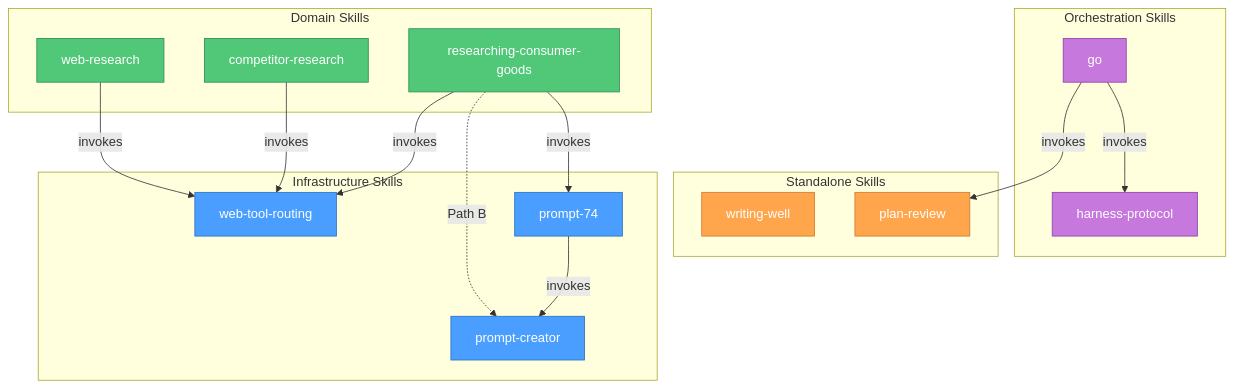
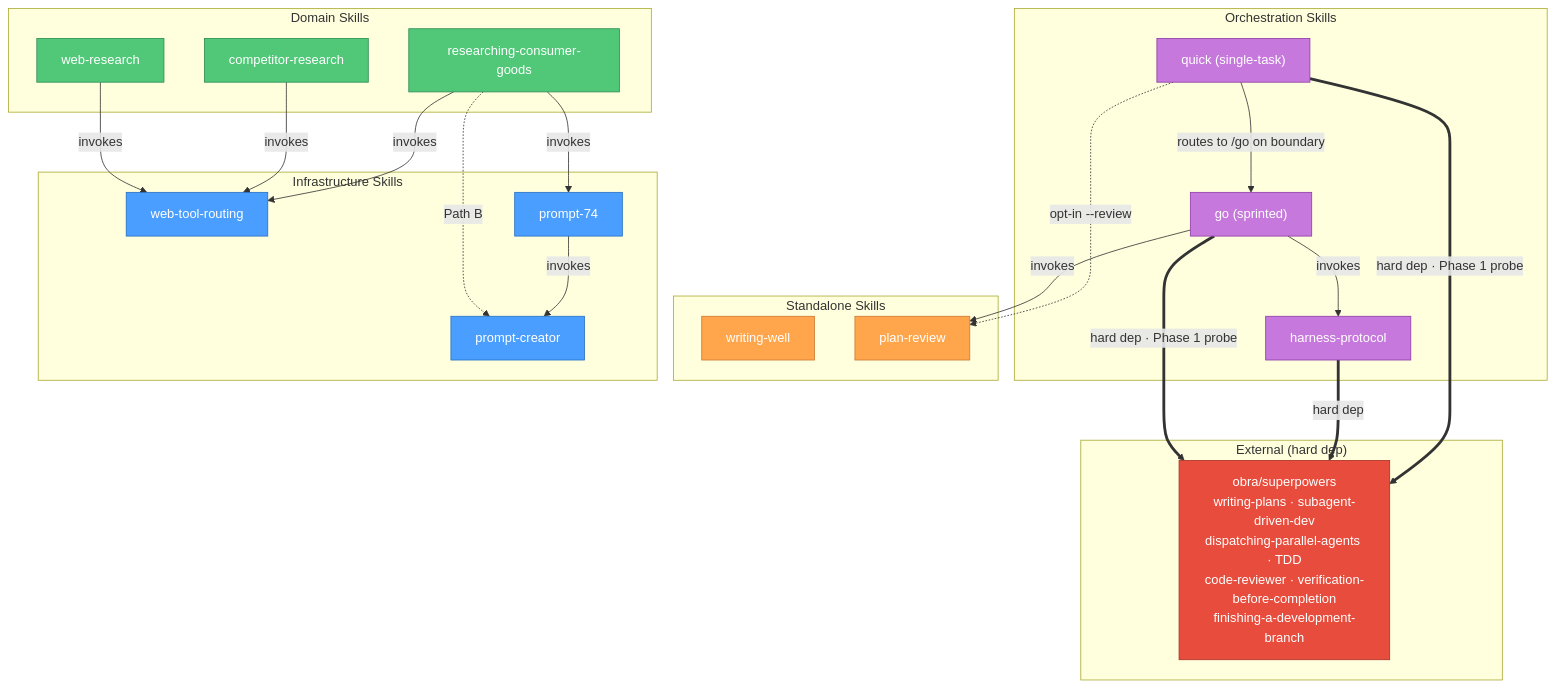
The diagram in docs/skill-relations.md (yanchuk/skill-arsenal), drawn with Mermaid before and after one commit. The commit also changed other lines of this file and 10 other files, not shown here.

````diff
--- a/docs/skill-relations.md
+++ b/docs/skill-relations.md
@@ -5,50 +5,64 @@
 ```mermaid
 graph TB
     subgraph Orchestration["Orchestration Skills"]
-        GO["go"]
+        GO["go (sprinted)"]
+        QK["quick (single-task)"]
         HP["harness-protocol"]
     end
 
     subgraph Standalone["Standalone Skills"]
         WW["writing-well"]
         PR["plan-review"]
     end
 
     subgraph Domain["Domain Skills"]
         WR["web-research"]
         CR["competitor-research"]
         RCG["researching-consumer-goods"]
     end
 
     subgraph Infrastructure["Infrastructure Skills"]
         WTR["web-tool-routing"]
         PC["prompt-creator"]
         P74["prompt-74"]
     end
 
+    subgraph External["External (hard dep)"]
+        SP["obra/superpowers<br/>writing-plans · subagent-driven-dev<br/>dispatching-parallel-agents · TDD<br/>code-reviewer · verification-before-completion<br/>finishing-a-development-branch"]
+    end
+
     %% Orchestration → other skills
     GO -->|"invokes"| HP
     GO -->|"invokes"| PR
+    QK -.->|"opt-in --review"| PR
+    QK -->|"routes to /go on boundary"| GO
+
+    %% Hard dependency on superpowers (fail-fast probe at Phase 1)
+    GO ==>|"hard dep · Phase 1 probe"| SP
+    HP ==>|"hard dep"| SP
+    QK ==>|"hard dep · Phase 1 probe"| SP
 
     %% Domain → Infrastructure invocations
     WR -->|"invokes"| WTR
     CR -->|"invokes"| WTR
     RCG -->|"invokes"| WTR
     RCG -.->|"Path B"| PC
     RCG -->|"invokes"| P74
 
     %% Infrastructure → Infrastructure
     P74 -->|"invokes"| PC
 
     %% Styling
     style WTR fill:#4a9eff,stroke:#2670c2,color:#fff
     style PC fill:#4a9eff,stroke:#2670c2,color:#fff
     style P74 fill:#4a9eff,stroke:#2670c2,color:#fff
     style WR fill:#50c878,stroke:#2e8b57,color:#fff
     style CR fill:#50c878,stroke:#2e8b57,color:#fff
     style RCG fill:#50c878,stroke:#2e8b57,color:#fff
     style WW fill:#ffa64d,stroke:#cc7a30,color:#fff
     style PR fill:#ffa64d,stroke:#cc7a30,color:#fff
     style GO fill:#c678dd,stroke:#8e3da8,color:#fff
     style HP fill:#c678dd,stroke:#8e3da8,color:#fff
+    style QK fill:#c678dd,stroke:#8e3da8,color:#fff
+    style SP fill:#e74c3c,stroke:#a93226,color:#fff
 ```
````
